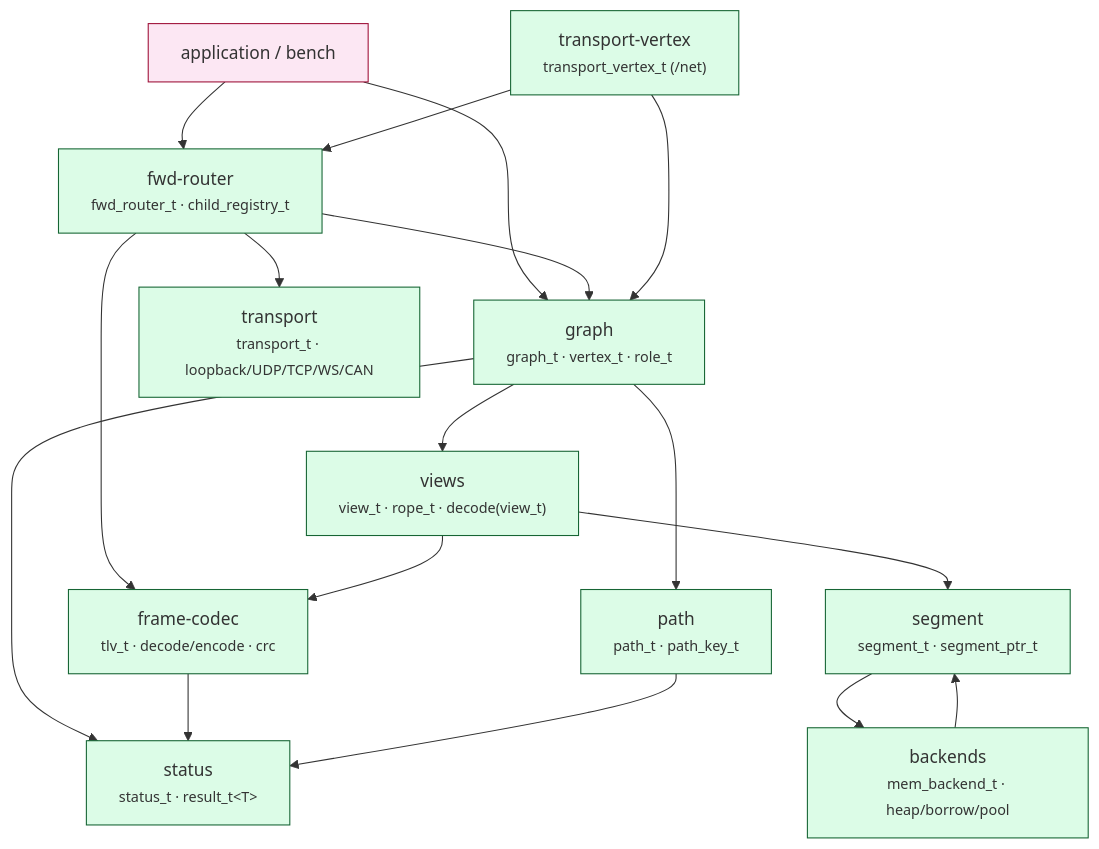
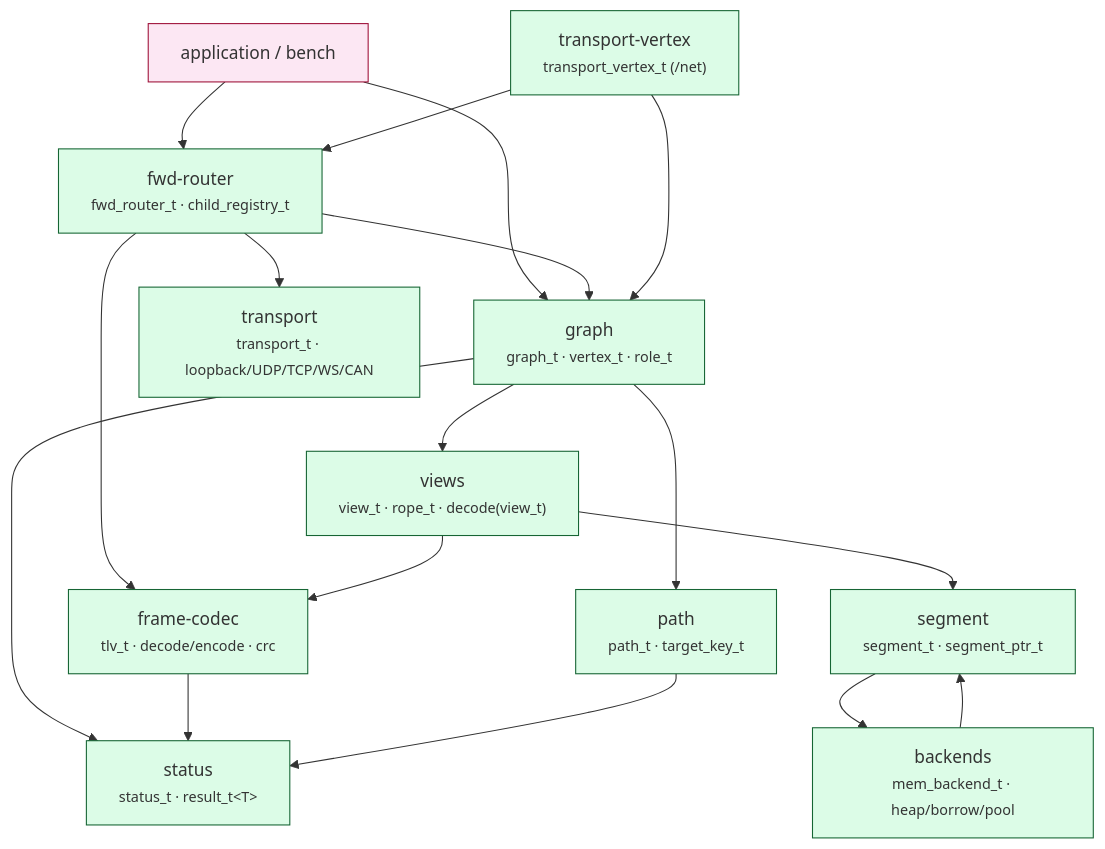
One commit to avatarsd-llc/libtracer changed the first of 2 diagrams in docs/modules/interface-map.md. Above: the diagram before and after it, drawn with Mermaid. The commit also changed 19 other files, not shown here.

First line of the commit message:
vertex: name_ becomes a reference into a graph-owned name block (#2672)

````diff
--- a/docs/modules/interface-map.md
+++ b/docs/modules/interface-map.md
@@ -10,35 +10,35 @@
 ```{mermaid}
 flowchart TD
     APP["application / bench"]:::app
     GRAPH["graph<br/><small>graph_t · vertex_t · role_t</small>"]
-    PATH["path<br/><small>path_t · path_key_t</small>"]
+    PATH["path<br/><small>path_t · target_key_t</small>"]
     FWD["fwd-router<br/><small>fwd_router_t · child_registry_t</small>"]
     TVERT["transport-vertex<br/><small>transport_vertex_t (/net)</small>"]
     TRANSPORT["transport<br/><small>transport_t · loopback/UDP/TCP/WS/CAN</small>"]
     FRAME["frame-codec<br/><small>tlv_t · decode/encode · crc</small>"]
     VIEWS["views<br/><small>view_t · rope_t · decode(view_t)</small>"]
     SEG["segment<br/><small>segment_t · segment_ptr_t</small>"]
     BACK["backends<br/><small>mem_backend_t · heap/borrow/pool</small>"]
     STATUS["status<br/><small>status_t · result_t&lt;T&gt;</small>"]
 
     APP --> GRAPH
     APP --> FWD
     GRAPH --> PATH
     GRAPH --> VIEWS
     GRAPH --> STATUS
     FWD --> GRAPH
     FWD --> FRAME
     FWD --> TRANSPORT
     TVERT --> FWD
     TVERT --> GRAPH
     VIEWS --> FRAME
     VIEWS --> SEG
     FRAME --> STATUS
     SEG --> BACK
     BACK --> SEG
     PATH --> STATUS
 
     classDef app fill:#fce7f3,stroke:#9f1239;
     classDef lib fill:#dcfce7,stroke:#166534;
     class GRAPH,PATH,FWD,TVERT,TRANSPORT,FRAME,VIEWS,SEG,BACK,STATUS lib;
 ```
````
